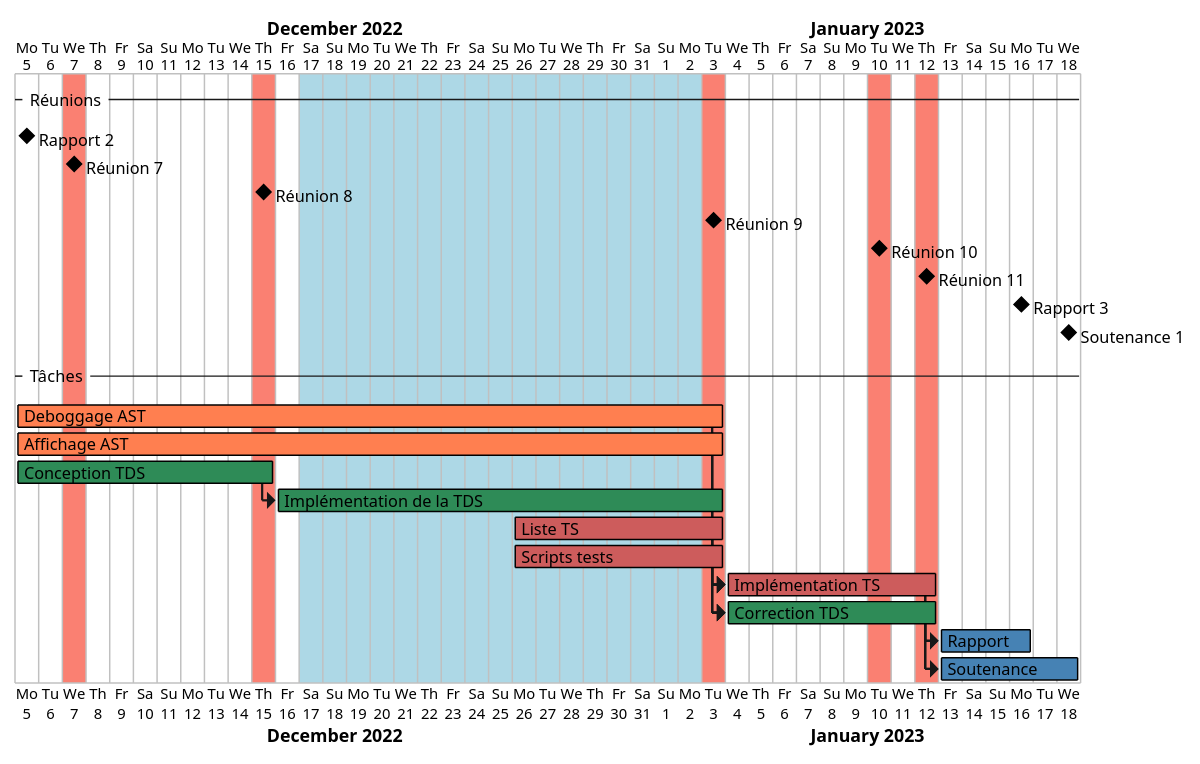
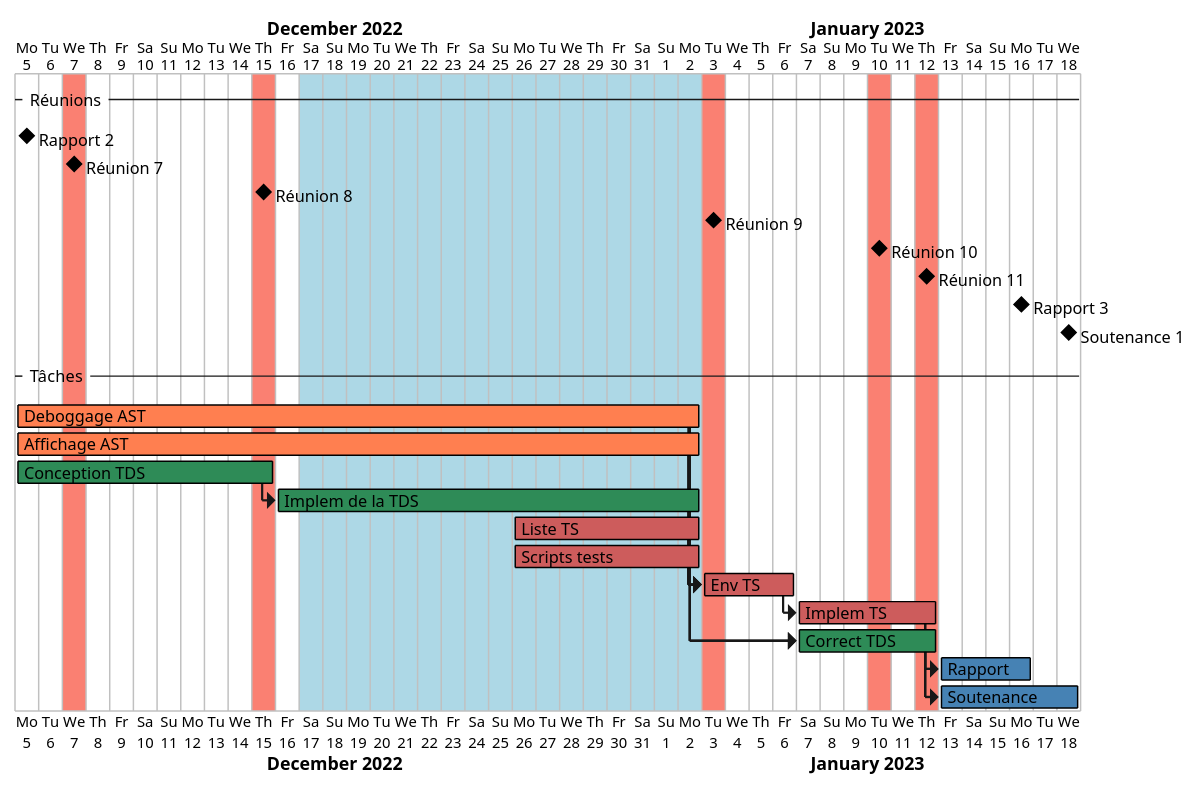
The diagram in Documents/divers/gantt3.puml (Tiger-compiler-team-2023/tiger-compiler), drawn with PlantUML before and after one commit. The commit also changed 3 other files, not shown here.

Commit message:
[EDIT] Diagrammes

```diff
--- a/Documents/divers/gantt3.puml
+++ b/Documents/divers/gantt3.puml
@@ -1,59 +1,63 @@
 @startgantt
 Project starts 2022-12-5
 
 2022-12-17 to 2023-01-03 are colored in lightblue
 
 -- Réunions --
 
 [Rapport 2] happens at 2022-12-05
 
 2022-12-07 is colored in salmon
 [Réunion 7] happens at 2022-12-07
 
 2022-12-15 is colored in salmon
 [Réunion 8] happens at 2022-12-15
 
 2023-01-03 is colored in salmon
 [Réunion 9] happens at 2023-01-03
 
 2023-01-10 is colored in salmon
 [Réunion 10] happens at 2023-01-10
 
 2023-01-12 is colored in salmon
 [Réunion 11] happens at 2023-01-12
 
 [Rapport 3] happens at 2023-01-16
 
 [Soutenance 1] happens at 2023-01-18
 
 -- Tâches --
-[Deboggage AST] starts 2022-12-05 and ends 2023-01-03 and is colored in Coral/Black
-[Affichage AST] starts 2022-12-05 and ends 2023-01-03 and is colored in Coral/Black
+[Deboggage AST] starts 2022-12-05 and ends 2023-01-02 and is colored in Coral/Black
+[Affichage AST] starts 2022-12-05 and ends 2023-01-02 and is colored in Coral/Black
 
 [Conception TDS] starts 2022-12-05 and ends 2022-12-15 and is colored in SeaGreen/Black
-then [Implémentation de la TDS] starts 2022-12-16 and ends 2023-01-03 and is colored in SeaGreen/Black
+then [Implem de la TDS] starts 2022-12-16 and ends 2023-01-02 and is colored in SeaGreen/Black
 
-[Liste TS] starts 2022-12-26 and ends 2023-01-03 and is colored in IndianRed/Black
-[Scripts tests] starts 2022-12-26 and ends 2023-01-03 and is colored in IndianRed/Black
+[Liste TS] starts 2022-12-26 and ends 2023-01-02 and is colored in IndianRed/Black
+[Scripts tests] starts 2022-12-26 and ends 2023-01-02 and is colored in IndianRed/Black
 
-[Implémentation TS] starts at [Scripts tests]'s end
-[Implémentation TS] starts at [Liste TS]'s end
-[Implémentation TS] starts at [Affichage AST]'s end
-[Implémentation TS] starts at [Deboggage AST]'s end
-[Correction TDS] starts at [Scripts tests]'s end
-[Correction TDS] starts at [Liste TS]'s end
-[Correction TDS] starts at [Affichage AST]'s end
-[Correction TDS] starts at [Deboggage AST]'s end
+[Env TS] starts 2023-01-02 and ends 2023-01-06 and is colored in IndianRed/Black
+[Implem TS] starts 2023-01-07 and ends 2023-01-12 and is colored in IndianRed/Black
+[Correct TDS] starts 2023-01-07 and ends 2023-01-12 and is colored in SeaGreen/Black
 
-[Implémentation TS] starts 2023-01-04 and ends 2023-01-12 and is colored in IndianRed/Black
-[Correction TDS] starts 2023-01-04 and ends 2023-01-12 and is colored in SeaGreen/Black
+[Env TS] starts at [Scripts tests]'s end
+[Env TS] starts at [Liste TS]'s end
+[Env TS] starts at [Affichage AST]'s end
+[Env TS] starts at [Deboggage AST]'s end
 
-[Rapport] starts at [Implémentation TS]'s end
-[Rapport] starts at [Correction TDS]'s end
-[Soutenance] starts at [Implémentation TS]'s end
-[Soutenance] starts at [Correction TDS]'s end
+[Implem TS] starts at [Env TS]'s end
+
+[Correct TDS] starts at [Scripts tests]'s end
+[Correct TDS] starts at [Liste TS]'s end
+[Correct TDS] starts at [Affichage AST]'s end
+[Correct TDS] starts at [Deboggage AST]'s end
 
 [Rapport] starts 2023-01-13 and ends 2023-01-16 and is colored in SteelBlue/Black
 [Soutenance] starts 2023-01-13 and ends 2023-01-18 and is colored in SteelBlue/Black
 
+[Rapport] starts at [Implem TS]'s end
+[Rapport] starts at [Correct TDS]'s end
+[Soutenance] starts at [Implem TS]'s end
+[Soutenance] starts at [Correct TDS]'s end
+
 @endgantt
```
